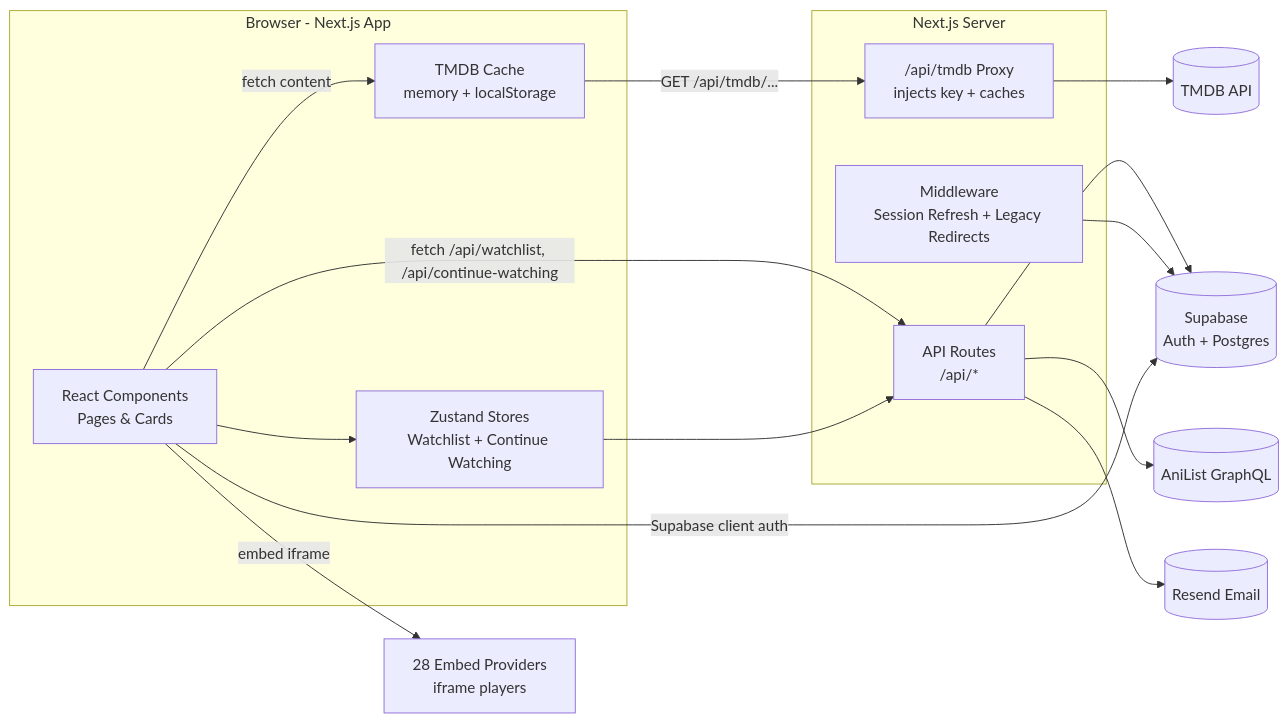
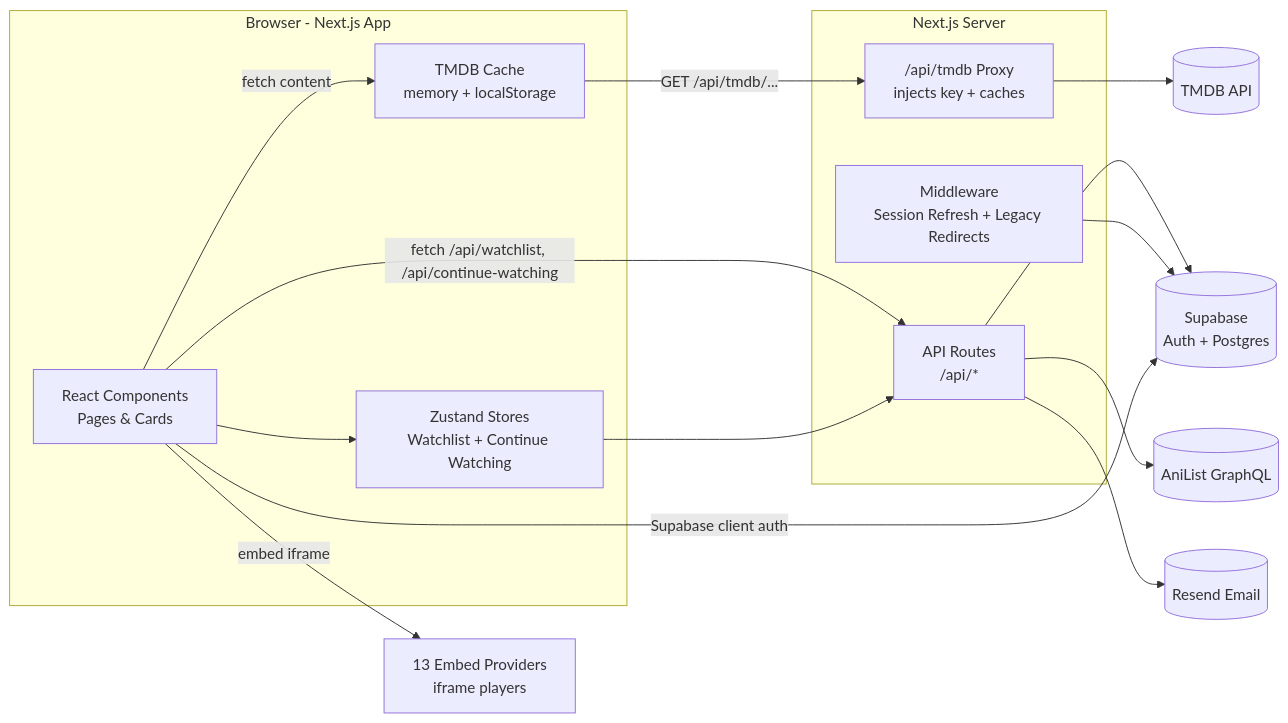
One commit to Manvithudupa/movime changed the diagram in README.md. Above: the diagram before and after it, drawn with Mermaid. The commit also changed other lines of this file and 12 other files, not shown here.

````diff
--- a/README.md
+++ b/README.md
@@ -127,33 +127,33 @@
 ```mermaid
 flowchart LR
     subgraph Browser[Browser - Next.js App]
         UI[React Components<br/>Pages & Cards]
         ZS[Zustand Stores<br/>Watchlist + Continue Watching]
         CACHE[TMDB Cache<br/>memory + localStorage]
     end
 
     subgraph API[Next.js Server]
         AR["API Routes<br/>/api/*"]
         PXY["/api/tmdb Proxy<br/>injects key + caches"]
         MW[Middleware<br/>Session Refresh + Legacy Redirects]
     end
 
     TMDB[(TMDB API)]
     ANI[(AniList GraphQL)]
     SUP[(Supabase<br/>Auth + Postgres)]
     RES[(Resend Email)]
-    EMB[28 Embed Providers<br/>iframe players]
+    EMB[13 Embed Providers<br/>iframe players]
 
     UI -->|fetch content| CACHE
     CACHE -->|GET /api/tmdb/...| PXY
     PXY --> TMDB
     UI -->|fetch /api/watchlist, /api/continue-watching| AR
     UI -->|embed iframe| EMB
     AR --> SUP
     AR --> ANI
     AR --> RES
     MW --> SUP
     UI --> ZS
     ZS --> AR
     UI -->|Supabase client auth| SUP
 ```
````
